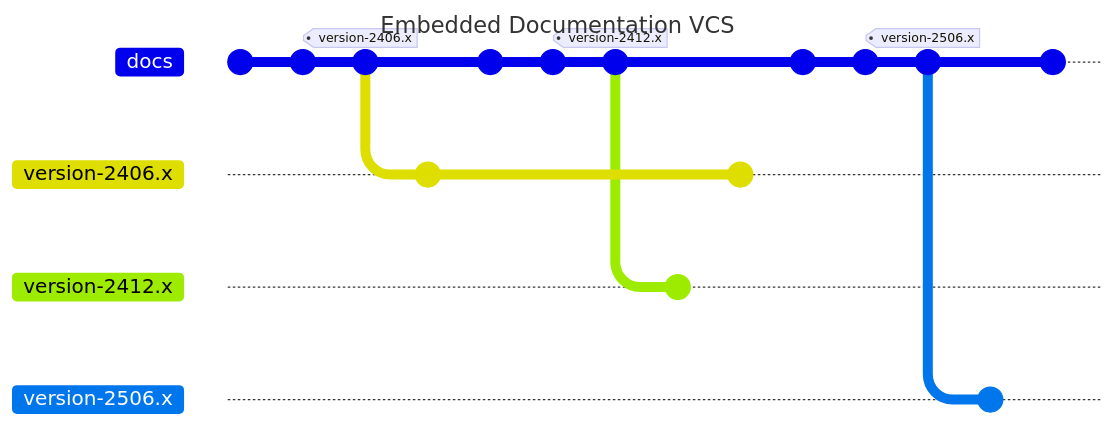
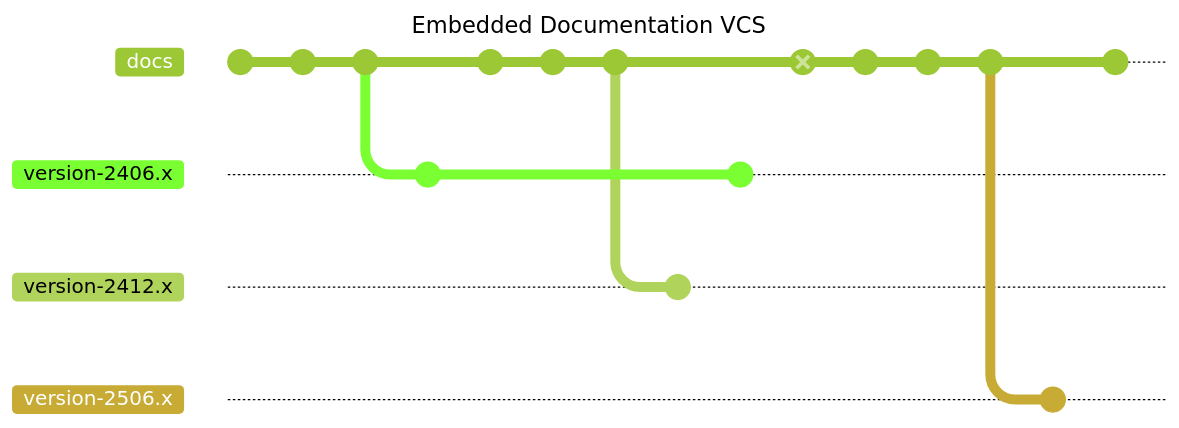
The second of 2 diagrams in website/dev/repository/documentation.md (CoreMedia/coremedia-globallink-connect-integration), drawn with Mermaid before and after one commit. The commit also changed other lines of this file and 1 other file, not shown here. Commit ids are hidden.

First line of the commit message:
docs(dev): Adjust Branches Documentation

````diff
--- a/website/dev/repository/documentation.md
+++ b/website/dev/repository/documentation.md
@@ -65,31 +65,33 @@
 ```mermaid
 ---
 title: Embedded Documentation VCS
 config:
+  theme: 'forest'
   gitGraph:
     mainBranchName: docs
     showCommitLabel: false
 ---
 gitGraph:
-  commit id: "prepare 2406.0.0 documentation"
-  commit id: "used third-party update 2406.0.0"
-  commit tag: "version-2406.x"
+  commit id: "prepare 2406.0.0 docs"
+  commit id: "3rd-party 2406.0.0"
+  commit id: "create version-2406.x"
   branch version-2406.x
-  commit
+  commit id: "version-2406.x"
   checkout docs
-  commit id: "prepare 2412.0.0 documentation"
-  commit id: "used third-party update 2412.0.0"
-  commit tag: "version-2412.x"
+  commit id: "prepare 2412.0.0 docs"
+  commit id: "3rd-party 2412.0.0"
+  commit id: "create version-2412.x"
   branch version-2412.x
-  commit
+  commit id: "version-2412.x"
   checkout version-2406.x
-  commit id: "adapt 2406.1.0 documentation"
+  commit id: "2406.1.0 docs"
   checkout docs
-  commit id: "prepare 2506.0.0 documentation"
-  commit id: "used third-party update 2506.0.0"
-  commit tag: "version-2506.x"
+  commit id: "NO 3rd-party 2406.1.0" type: REVERSE
+  commit id: "prepare 2506.0.0 docs"
+  commit id: "3rd-party 2506.0.0"
+  commit id: "create version-2506.x"
   branch version-2506.x
-  commit
+  commit id: "version-2506.x"
   checkout docs
   commit id: "more commits"
 ```
````
